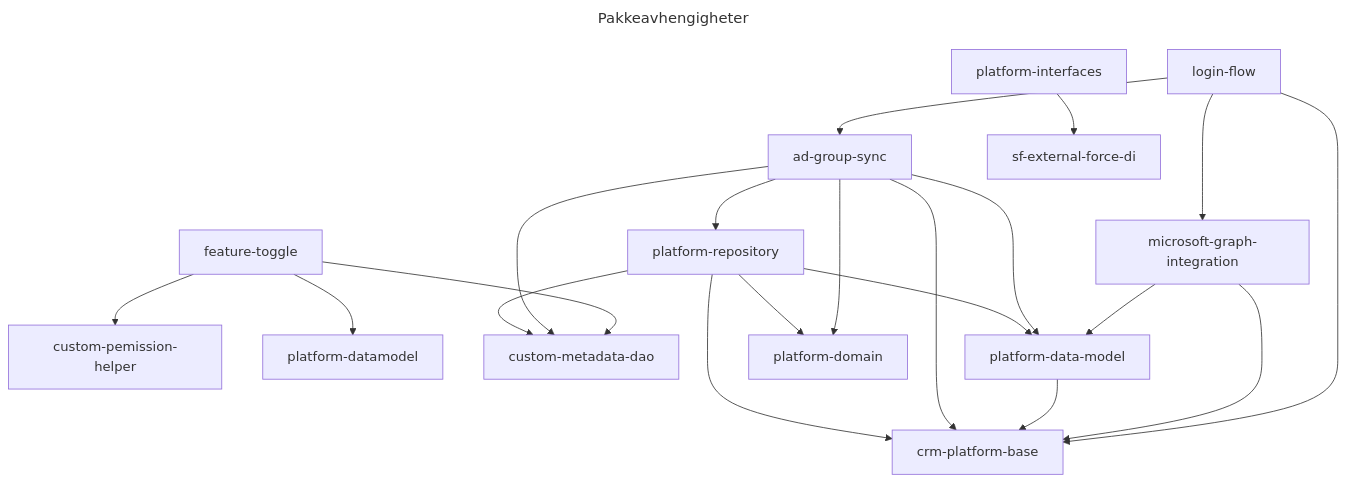
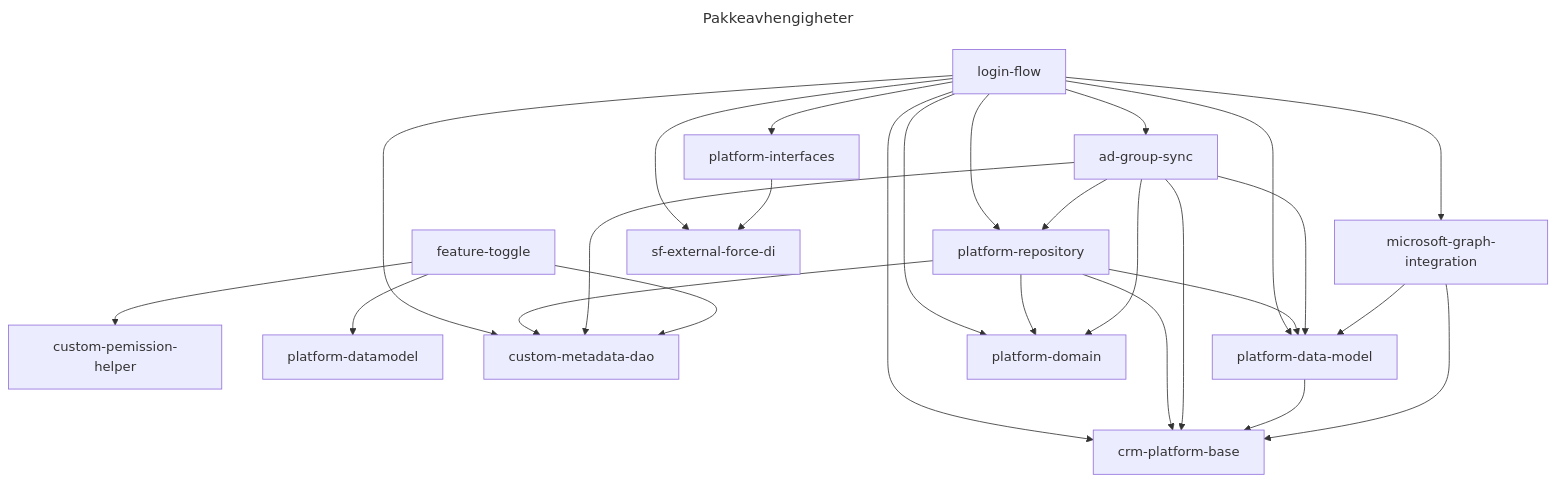
The diagram in README.md (navikt/sf-platform), drawn with Mermaid before and after one commit. The commit also changed 1 other file, not shown here.

Commit message:
Create package version for login-flow

````diff
--- a/README.md
+++ b/README.md
@@ -22,27 +22,32 @@
 ```mermaid
 ---
 title: Pakkeavhengigheter
 ---
 graph TD
     custom-pemission-helper
     feature-toggle --> platform-datamodel;
     feature-toggle --> custom-metadata-dao;
     feature-toggle --> custom-pemission-helper;
-    login-flow
-    login-flow --> ad-group-sync;
-    login-flow --> microsoft-graph-integration;
-    login-flow --> crm-platform-base;
     microsoft-graph-integration --> crm-platform-base;
     microsoft-graph-integration --> platform-data-model;
     platform-data-model --> crm-platform-base;
     ad-group-sync --> crm-platform-base;
     ad-group-sync --> custom-metadata-dao;
     ad-group-sync --> platform-data-model;
     ad-group-sync --> platform-domain;
     ad-group-sync --> platform-repository;
     platform-repository --> custom-metadata-dao;
     platform-repository --> crm-platform-base;
     platform-repository --> platform-data-model;
     platform-repository --> platform-domain;
     platform-interfaces --> sf-external-force-di
+    login-flow --> crm-platform-base;  
+    login-flow --> custom-metadata-dao;
+    login-flow --> platform-data-model; 
+    login-flow --> platform-domain;   
+    login-flow --> platform-repository;
+    login-flow --> microsoft-graph-integration;  
+    login-flow --> ad-group-sync;
+    login-flow --> sf-external-force-di;
+    login-flow --> platform-interfaces;
 ```
````
